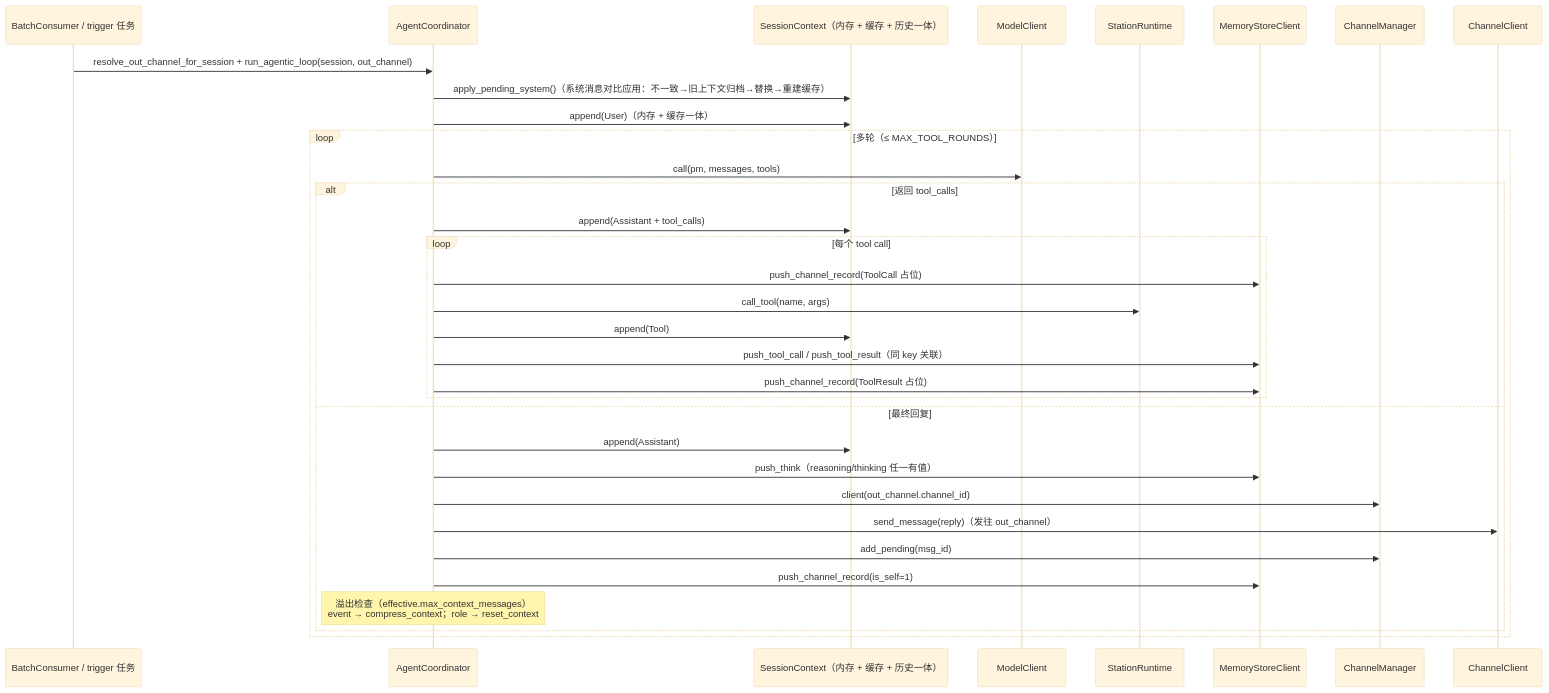
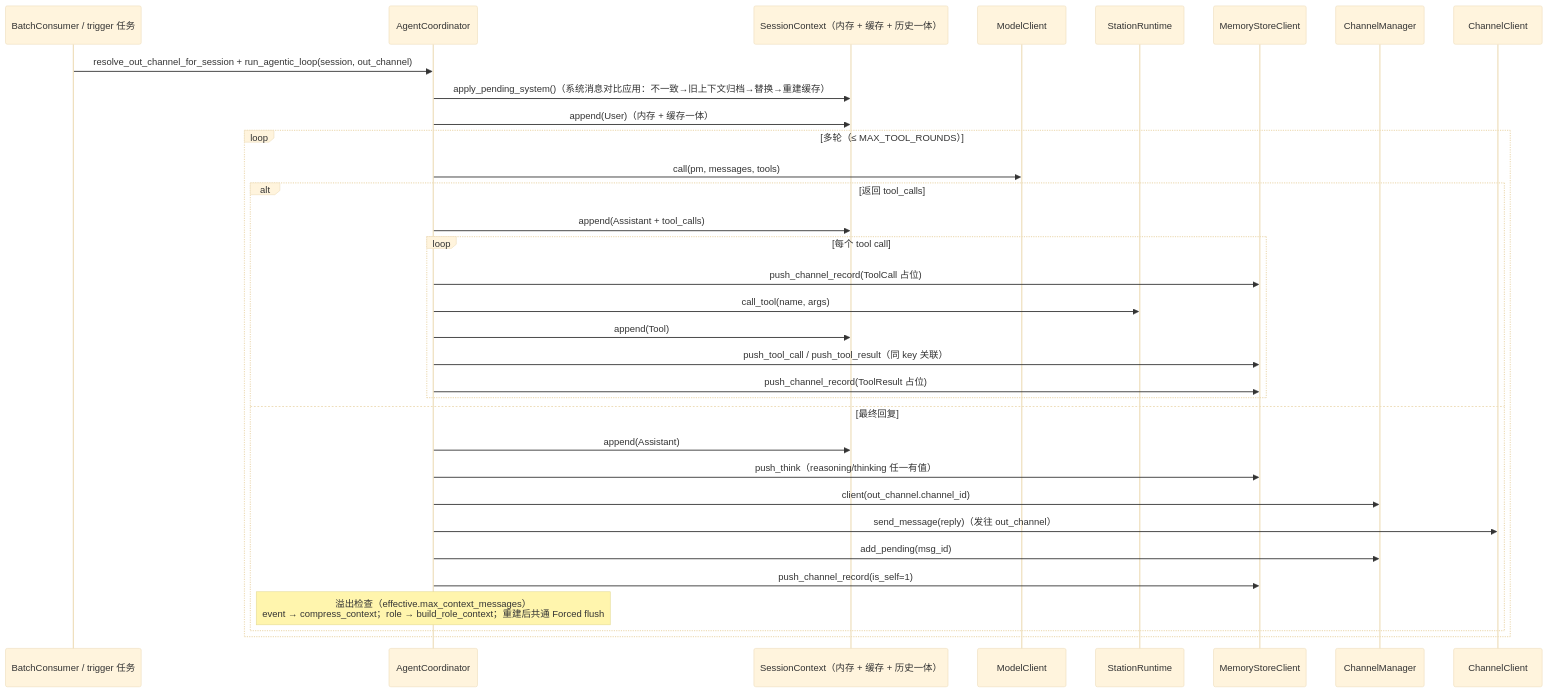
One commit to coldcloude/kissbot changed the fourth of 5 diagrams in docs/spec/kissbot-agent-modules.md. Above: the diagram before and after it, drawn with Mermaid (base theme). The commit also changed other lines of this file, not shown here.

Commit message:
docs: 同步移除 /reset 后的命令描述与上下文构建/溢出时序（build_role_context 共用、共通 Forced flush）

````diff
--- a/docs/spec/kissbot-agent-modules.md
+++ b/docs/spec/kissbot-agent-modules.md
@@ -147,36 +146,36 @@
 ```mermaid
 sequenceDiagram
     participant BP as BatchConsumer / trigger 任务
     participant CO as AgentCoordinator
     participant CTX as SessionContext（内存 + 缓存 + 历史一体）
     participant MLC as ModelClient
     participant ST as StationRuntime
     participant MSC as MemoryStoreClient
     participant CHM as ChannelManager
     participant CC as ChannelClient
 
     BP->>CO: resolve_out_channel_for_session + run_agentic_loop(session, out_channel)
     CO->>CTX: apply_pending_system()（系统消息对比应用：不一致→旧上下文归档→替换→重建缓存）
     CO->>CTX: append(User)（内存 + 缓存一体）
     loop 多轮（≤ MAX_TOOL_ROUNDS）
         CO->>MLC: call(pm, messages, tools)
         alt 返回 tool_calls
             CO->>CTX: append(Assistant + tool_calls)
             loop 每个 tool call
                 CO->>MSC: push_channel_record(ToolCall 占位)
                 CO->>ST: call_tool(name, args)
                 CO->>CTX: append(Tool)
                 CO->>MSC: push_tool_call / push_tool_result（同 key 关联）
                 CO->>MSC: push_channel_record(ToolResult 占位)
             end
         else 最终回复
             CO->>CTX: append(Assistant)
             CO->>MSC: push_think（reasoning/thinking 任一有值）
             CO->>CHM: client(out_channel.channel_id)
             CO->>CC: send_message(reply)（发往 out_channel）
             CO->>CHM: add_pending(msg_id)
             CO->>MSC: push_channel_record(is_self=1)
-            Note over CO: 溢出检查（effective.max_context_messages）<br/>event → compress_context；role → reset_context
+            Note over CO: 溢出检查（effective.max_context_messages）<br/>event → compress_context；role → build_role_context；重建后共通 Forced flush
         end
     end
 ```
````
